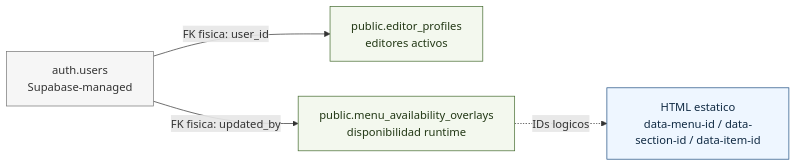
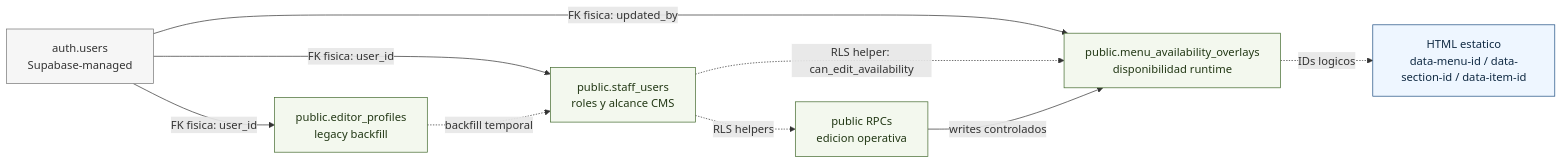
The third of 3 diagrams in docs/supabase/schema-diagram.md (materamos/ElFaraonCatering), drawn with Mermaid before and after one commit. The commit also changed other lines of this file and 10 other files, not shown here.

Commit message:
feat: add operational edit RPCs

````diff
--- a/docs/supabase/schema-diagram.md
+++ b/docs/supabase/schema-diagram.md
@@ -156,20 +157,27 @@
 ```mermaid
 flowchart LR
   AUTH_USERS["auth.users<br/>Supabase-managed"]
-  EDITORS["public.editor_profiles<br/>editores activos"]
+  STAFF["public.staff_users<br/>roles y alcance CMS"]
+  EDITORS["public.editor_profiles<br/>legacy backfill"]
   OVERLAYS["public.menu_availability_overlays<br/>disponibilidad runtime"]
+  RPCS["public RPCs<br/>edicion operativa"]
 
   STATIC["HTML estatico<br/>data-menu-id / data-section-id / data-item-id"]
 
+  AUTH_USERS -->|"FK fisica: user_id"| STAFF
   AUTH_USERS -->|"FK fisica: user_id"| EDITORS
   AUTH_USERS -->|"FK fisica: updated_by"| OVERLAYS
+  EDITORS -. "backfill temporal" .-> STAFF
+  STAFF -. "RLS helper: can_edit_availability" .-> OVERLAYS
+  STAFF -. "RLS helpers" .-> RPCS
+  RPCS -->|"writes controlados"| OVERLAYS
   OVERLAYS -. "IDs logicos" .-> STATIC
 
   classDef runtime fill:#f3f8ee,stroke:#446b2f,color:#223815;
   classDef structural fill:#eef6ff,stroke:#1f4f82,color:#102a43;
   classDef platform fill:#f6f6f6,stroke:#777,color:#333;
 
-  class EDITORS,OVERLAYS runtime;
+  class STAFF,EDITORS,OVERLAYS,RPCS runtime;
   class STATIC structural;
   class AUTH_USERS platform;
 ```
````
